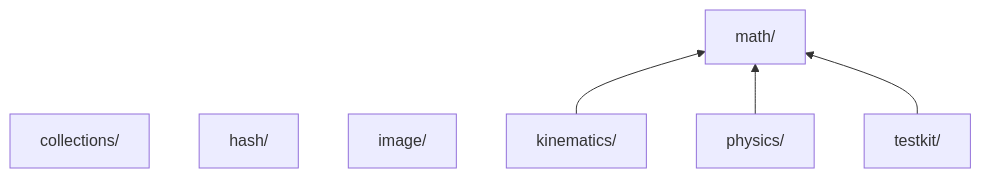
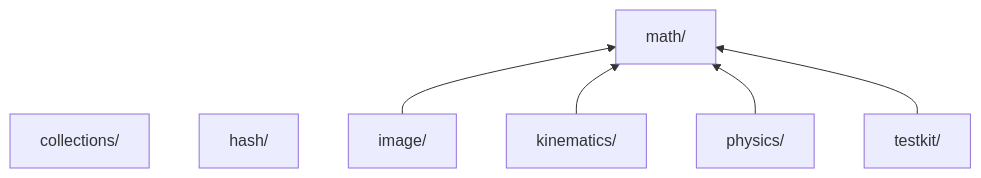
Before and after one commit to jose-villegas/autana: the second of 2 diagrams in docs/firmware/Layers.md, drawn with Mermaid. The commit also changed 52 other files, not shown here.

````diff
--- a/docs/firmware/Layers.md
+++ b/docs/firmware/Layers.md
@@ -128,13 +128,14 @@
 ```mermaid
 flowchart BT
     p_collections["collections/"]
     p_hash["hash/"]
     p_image["image/"]
     p_kinematics["kinematics/"]
     p_math["math/"]
     p_physics["physics/"]
     p_testkit["testkit/"]
+    p_image --> p_math
     p_kinematics --> p_math
     p_physics --> p_math
     p_testkit --> p_math
 ```
````
